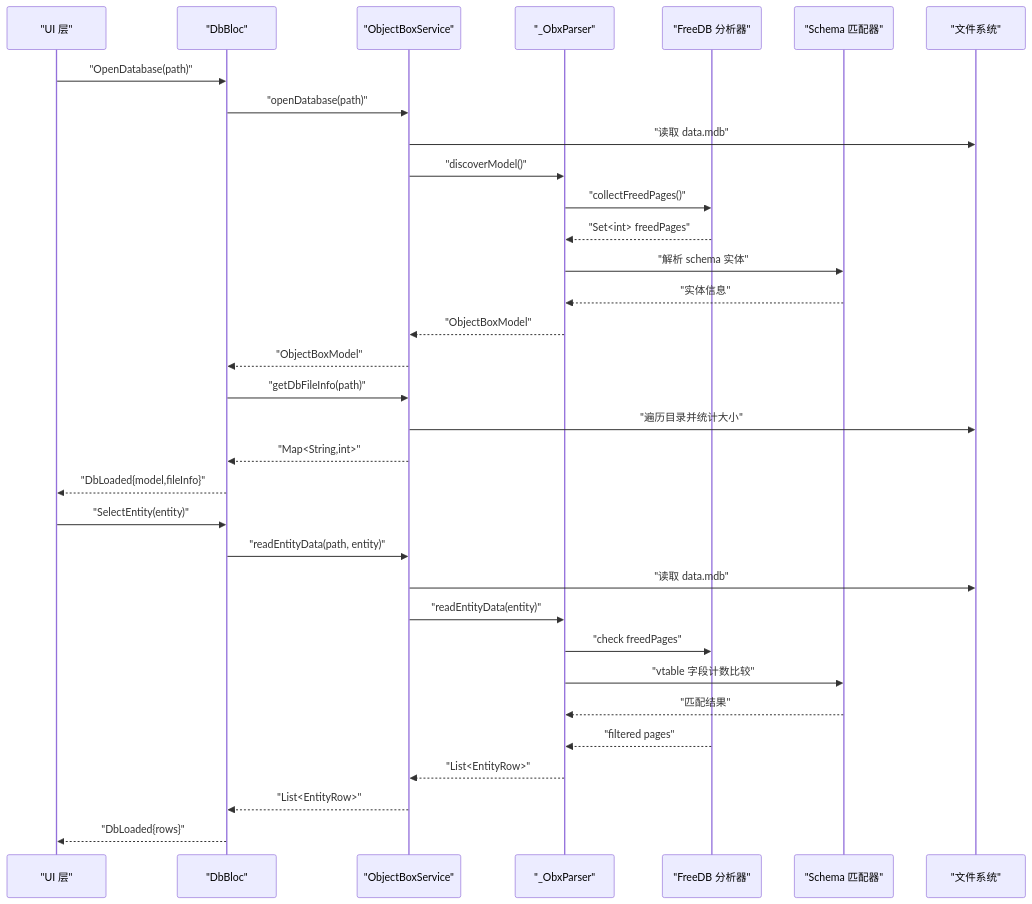
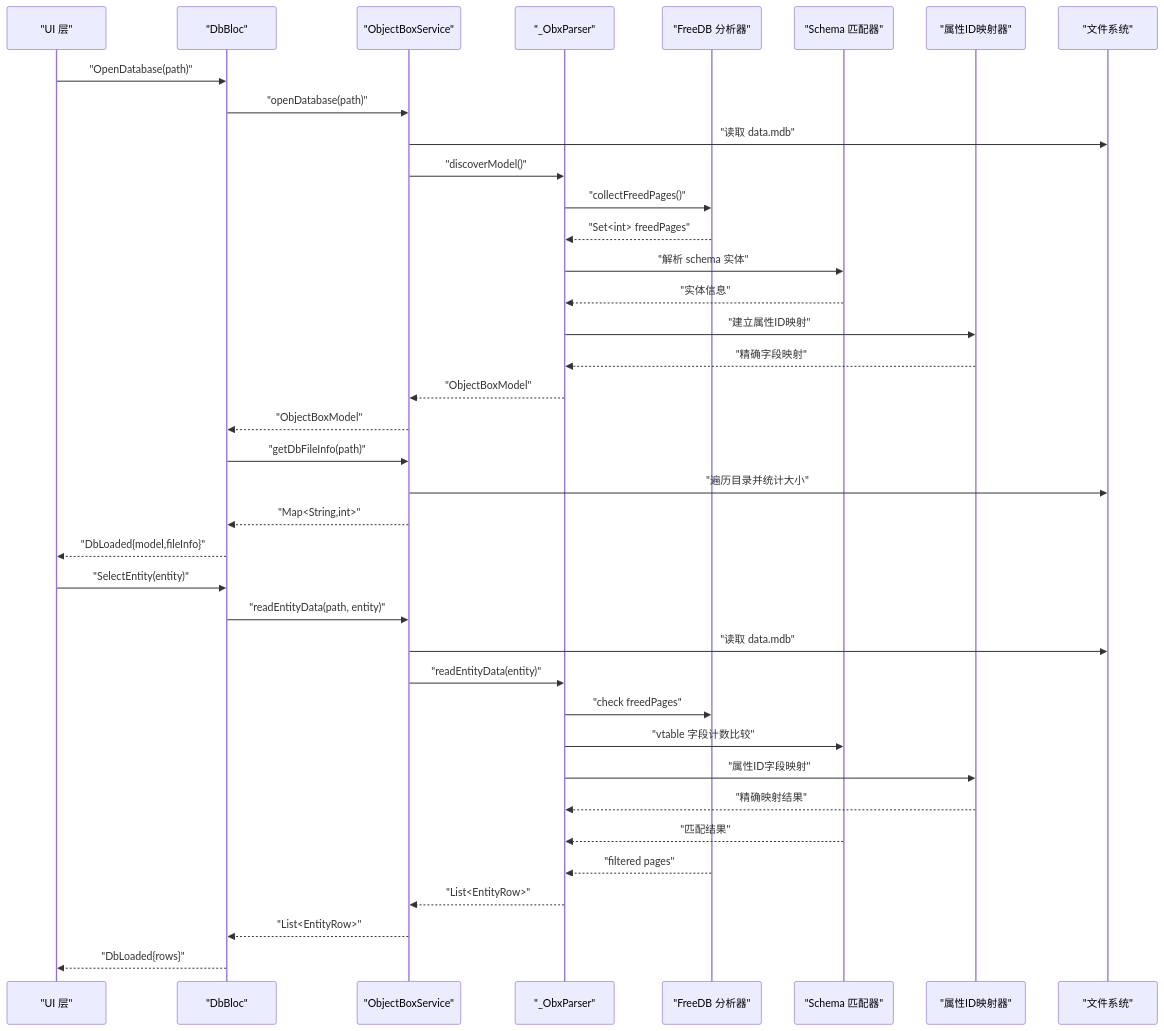
Before and after one commit to kongpf8848/objectbox_viewer: the second of 7 diagrams in .qoder/repowiki/zh/content/架构设计/服务层架构.md, drawn with Mermaid. The commit also changed other lines of this file and 22 other files, not shown here.

````diff
--- a/.qoder/repowiki/zh/content/架构设计/服务层架构.md
+++ b/.qoder/repowiki/zh/content/架构设计/服务层架构.md
@@ -132,35 +133,40 @@
 ```mermaid
 sequenceDiagram
 participant UI as "UI 层"
 participant BLOC as "DbBloc"
 participant SVC as "ObjectBoxService"
 participant PARSER as "_ObxParser"
 participant FREE_DB as "FreeDB 分析器"
 participant SCHEMA_MATCH as "Schema 匹配器"
+participant FIELD_MAP as "属性ID映射器"
 participant FS as "文件系统"
 UI->>BLOC : "OpenDatabase(path)"
 BLOC->>SVC : "openDatabase(path)"
 SVC->>FS : "读取 data.mdb"
 SVC->>PARSER : "discoverModel()"
 PARSER->>FREE_DB : "collectFreedPages()"
 FREE_DB-->>PARSER : "Set<int> freedPages"
 PARSER->>SCHEMA_MATCH : "解析 schema 实体"
 SCHEMA_MATCH-->>PARSER : "实体信息"
+PARSER->>FIELD_MAP : "建立属性ID映射"
+FIELD_MAP-->>PARSER : "精确字段映射"
 PARSER-->>SVC : "ObjectBoxModel"
 SVC-->>BLOC : "ObjectBoxModel"
 BLOC->>SVC : "getDbFileInfo(path)"
 SVC->>FS : "遍历目录并统计大小"
 SVC-->>BLOC : "Map<String,int>"
 BLOC-->>UI : "DbLoaded{model,fileInfo}"
 UI->>BLOC : "SelectEntity(entity)"
 BLOC->>SVC : "readEntityData(path, entity)"
 SVC->>FS : "读取 data.mdb"
 SVC->>PARSER : "readEntityData(entity)"
 PARSER->>FREE_DB : "check freedPages"
 PARSER->>SCHEMA_MATCH : "vtable 字段计数比较"
+PARSER->>FIELD_MAP : "属性ID字段映射"
+FIELD_MAP-->>PARSER : "精确映射结果"
 SCHEMA_MATCH-->>PARSER : "匹配结果"
 FREE_DB-->>PARSER : "filtered pages"
 PARSER-->>SVC : "List<EntityRow>"
 SVC-->>BLOC : "List<EntityRow>"
 BLOC-->>UI : "DbLoaded{rows}"
 ```
````
